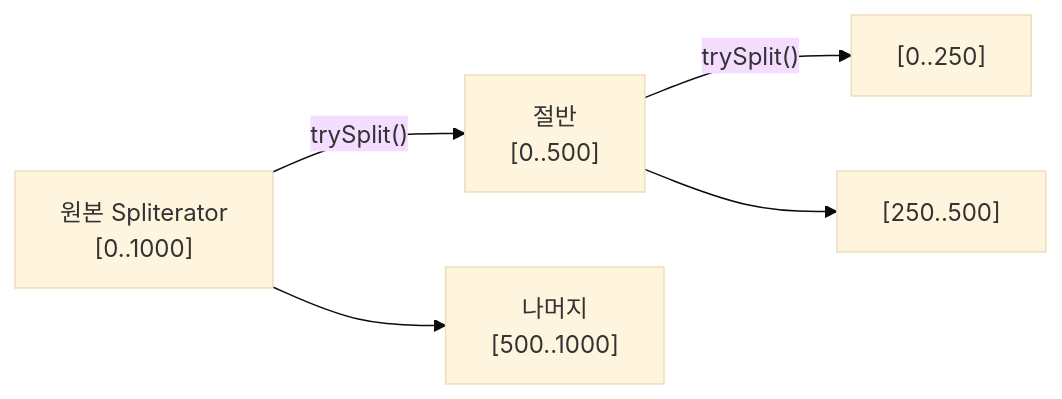
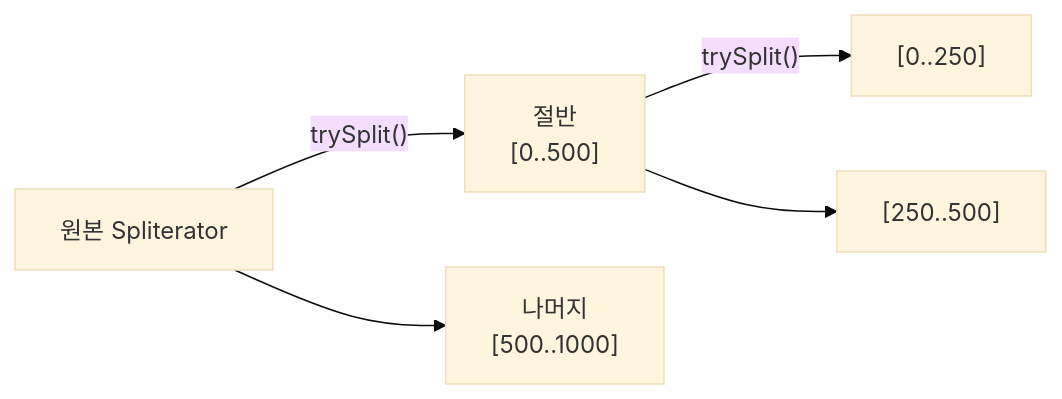
The second of 4 diagrams in _posts/java/2026-05-01-java-stream.md (yjkim2015/yjkim2015.github.io), drawn with Mermaid (base theme) before and after one commit. The commit also changed other lines of this file and 245 other files, not shown here.

First line of the commit message:
Mermaid 다이어그램 전면 수정 + 면접 포인트 접기/펼치기 + DB 데드락 페이지

````diff
--- a/_posts/java/2026-05-01-java-stream.md
+++ b/_posts/java/2026-05-01-java-stream.md
@@ -151,7 +151,7 @@
 ```mermaid
 graph LR
-  A["원본 Spliterator<br/>[0..1000]"] -->|"trySplit()"| B["절반<br/>[0..500]"]
+  A["원본 Spliterator"] -->|"trySplit()"| B["절반<br/>[0..500]"]
   A --> C["나머지<br/>[500..1000]"]
   B -->|"trySplit()"| D["[0..250]"]
   B --> E["[250..500]"]
 ```
````
